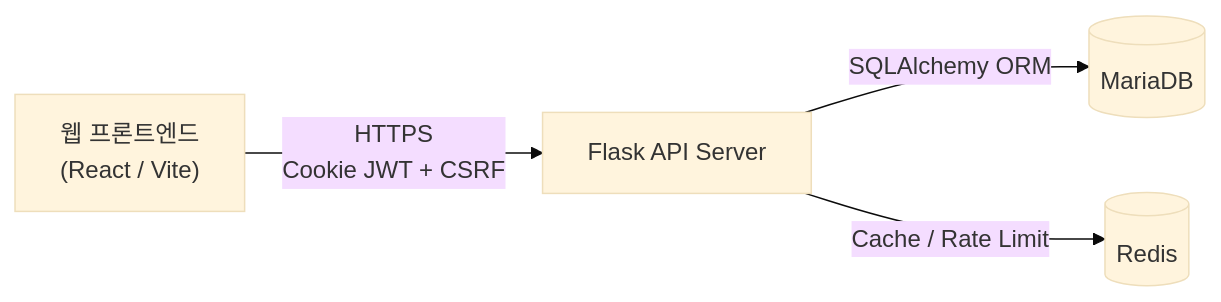
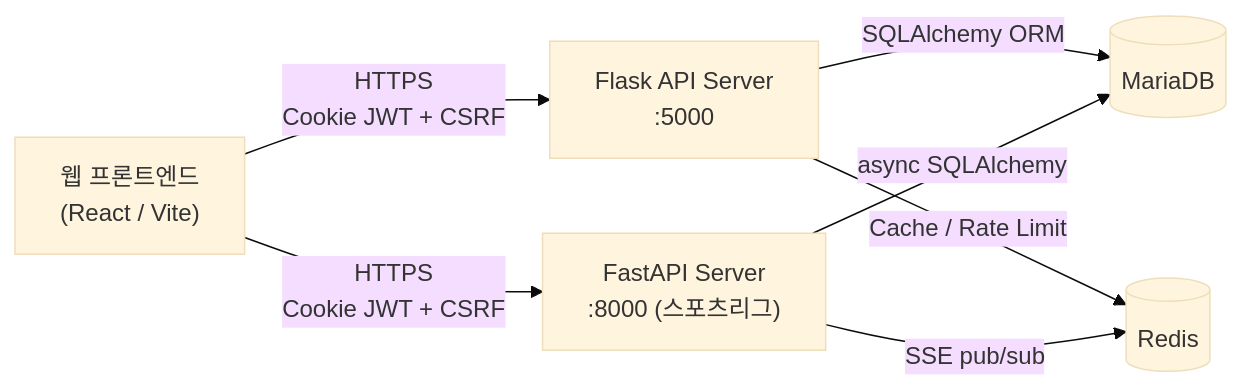
The first of 3 diagrams in backend/README.md (hanjm-github/beomseo.in), drawn with Mermaid (base theme) before and after one commit. The commit also changed other lines of this file and 44 other files, not shown here.

````diff
--- a/backend/README.md
+++ b/backend/README.md
@@ -8,11 +8,15 @@
 ```mermaid
 flowchart LR
     Client["웹 프론트엔드<br/>(React / Vite)"]
-    Flask["Flask API Server"]
+    Flask["Flask API Server<br/>:5000"]
+    FastAPI["FastAPI Server<br/>:8000 (스포츠리그)"]
     MariaDB[("MariaDB")]
     Redis[("Redis")]
 
     Client -->|"HTTPS<br/>Cookie JWT + CSRF"| Flask
+    Client -->|"HTTPS<br/>Cookie JWT + CSRF"| FastAPI
     Flask -->|SQLAlchemy ORM| MariaDB
+    FastAPI -->|async SQLAlchemy| MariaDB
     Flask -->|Cache / Rate Limit| Redis
+    FastAPI -->|SSE pub/sub| Redis
 ```
````
